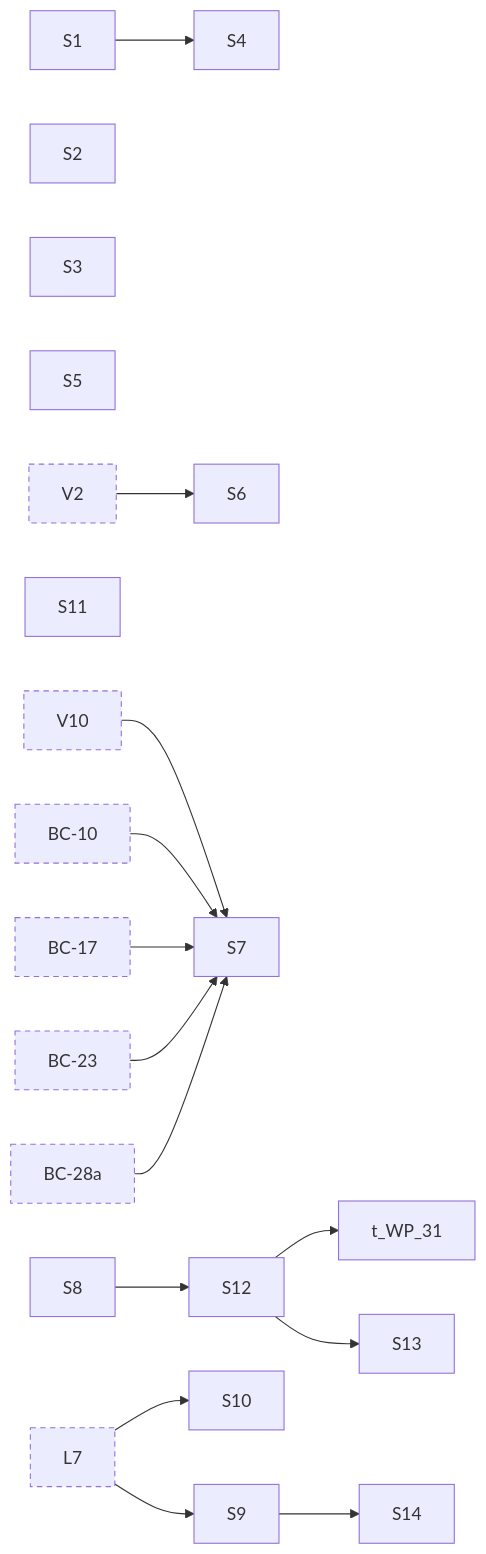
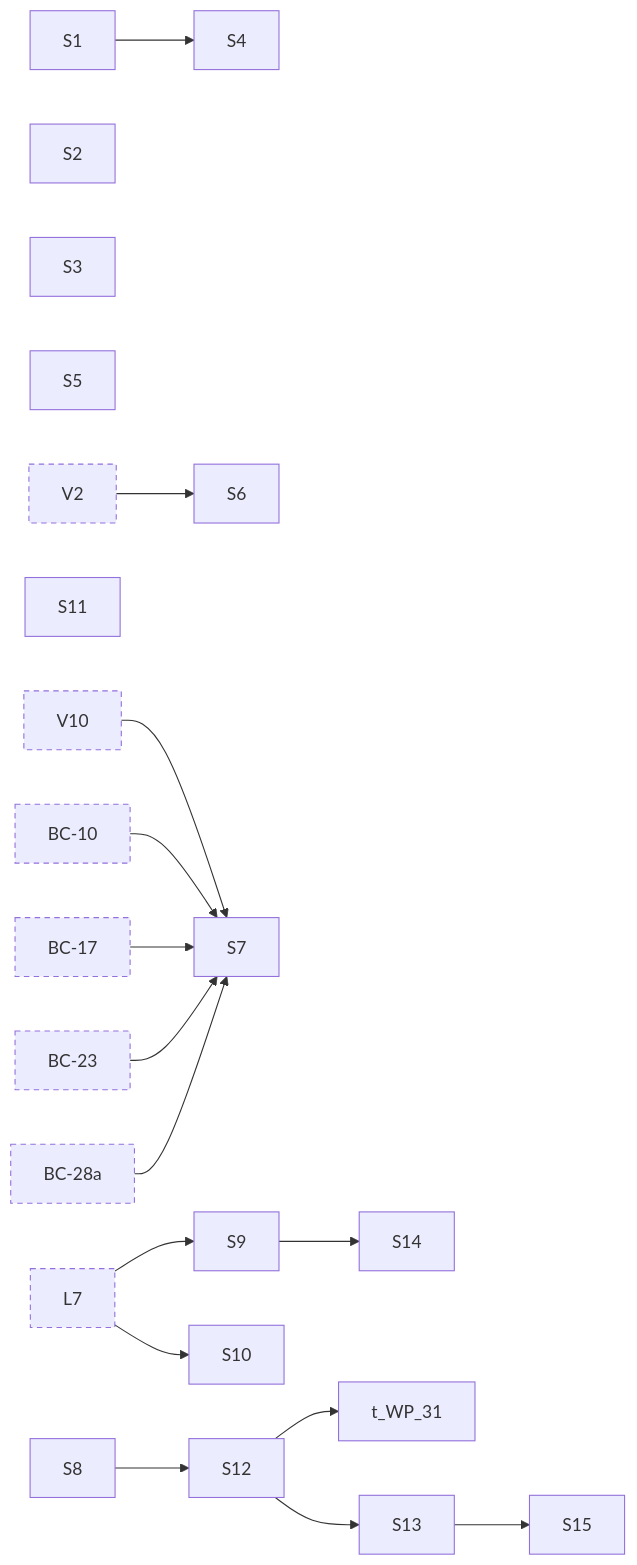
Before and after one commit to jhoblitt/rgw-go: the second of 11 diagrams in docs/superpowers/plans/2026-10-13-phase-2/dependencies.md, drawn with Mermaid. The commit also changed other lines of this file and 1 other file, not shown here.

Commit message:
docs(plan): add S15, CompleteMultipartUpload under a Deny on s3:x-amz-acl
Under a Deny of s3:PutObject with StringNotEquals s3:x-amz-acl bucket-owner-full-control, rgw-go refuses every completion, since the completion carries no ACL key and S9 holds a negated operator on an absent key, where radosgw completes them. No pinned Amazon text says whether Amazon sets the key on a completion. S15 establishes Amazon's answer first, and then either keeps the refusal or judges the completion by the keys its CreateMultipartUpload carried.

````diff
--- a/docs/superpowers/plans/2026-10-13-phase-2/dependencies.md
+++ b/docs/superpowers/plans/2026-10-13-phase-2/dependencies.md
@@ -55,59 +55,62 @@
 ```mermaid
 flowchart LR
   t_S1["S1"]
   t_S2["S2"]
   t_S3["S3"]
   t_S4["S4"]
   t_S5["S5"]
   t_S6["S6"]
   t_S7["S7"]
   t_S8["S8"]
   t_S9["S9"]
   t_S10["S10"]
   t_S11["S11"]
   t_S12["S12"]
   t_S13["S13"]
   t_S14["S14"]
+  t_S15["S15"]
   t_V2["V2"]:::ext
   t_V10["V10"]:::ext
   t_BC_10["BC-10"]:::ext
   t_BC_17["BC-17"]:::ext
   t_BC_23["BC-23"]:::ext
   t_BC_28a["BC-28a"]:::ext
   t_L7["L7"]:::ext
   t_S1 --> t_S4
   t_V2 --> t_S6
   t_V10 --> t_S7
   t_BC_10 --> t_S7
   t_BC_17 --> t_S7
   t_BC_23 --> t_S7
   t_BC_28a --> t_S7
   t_L7 --> t_S9
   t_L7 --> t_S10
   t_S8 --> t_S12
   t_S12 --> t_WP_31
   t_S12 --> t_S13
   t_S9 --> t_S14
+  t_S13 --> t_S15
   click t_S1 href "https://github.com/jhoblitt/rgw-go/blob/main/docs/superpowers/plans/2026-10-13-phase-2/00-index.md#task-s1-fakeradoss-rgw-class-as-method-tables" "S1: fakerados's rgw class as method tables"
   click t_S2 href "https://github.com/jhoblitt/rgw-go/blob/main/docs/superpowers/plans/2026-10-13-phase-2/00-index.md#task-s2-route-sets-per-feature-and-the-env-slots" "S2: route sets per feature and the Env slots"
   click t_S3 href "https://github.com/jhoblitt/rgw-go/blob/main/docs/superpowers/plans/2026-10-13-phase-2/00-index.md#task-s3-one-aws-correct-ispublic" "S3: one AWS-correct IsPublic"
   click t_S4 href "https://github.com/jhoblitt/rgw-go/blob/main/docs/superpowers/plans/2026-10-13-phase-2/00-index.md#task-s4-fakerados-refuses-an-unregistered-class-method-at-op-setup" "S4: fakerados refuses an unregistered class method at op setup"
   click t_S5 href "https://github.com/jhoblitt/rgw-go/blob/main/docs/superpowers/plans/2026-10-13-phase-2/00-index.md#task-s5-ignorepublicacls-ignores-swifts-public-container-grants" "S5: IgnorePublicAcls ignores Swift's public container grants"
   click t_S6 href "https://github.com/jhoblitt/rgw-go/blob/main/docs/superpowers/plans/2026-10-13-phase-2/00-index.md#task-s6-one-choose_from" "S6: one choose_from"
   click t_S7 href "https://github.com/jhoblitt/rgw-go/blob/main/docs/superpowers/plans/2026-10-13-phase-2/00-index.md#task-s7-one-schema-scanner-for-s3-xml-request-bodies" "S7: one schema scanner for S3 XML request bodies"
   click t_S8 href "https://github.com/jhoblitt/rgw-go/blob/main/docs/superpowers/plans/2026-10-13-phase-2/00-index.md#task-s8-a-deny-that-names-notaction-refuses-every-action-it-does-not-name" "S8: a Deny that names NotAction refuses every action it does not name"
   click t_S9 href "https://github.com/jhoblitt/rgw-go/blob/main/docs/superpowers/plans/2026-10-13-phase-2/00-index.md#task-s9-a-denys-condition-holds-where-amazon-s3s-or-radosgws-evaluation-holds" "S9: a Deny's condition holds where Amazon S3's or radosgw's evaluation holds"
   click t_S10 href "https://github.com/jhoblitt/rgw-go/blob/main/docs/superpowers/plans/2026-10-13-phase-2/00-index.md#task-s10-a-denys-condition-key-names-match-without-regard-to-case" "S10: a Deny's condition key names match without regard to case"
   click t_S11 href "https://github.com/jhoblitt/rgw-go/blob/main/docs/superpowers/plans/2026-10-13-phase-2/00-index.md#task-s11-a-bound-on-an-xml-request-bodys-elements-and-depth" "S11: a bound on an XML request body's elements and depth"
   click t_S12 href "https://github.com/jhoblitt/rgw-go/blob/main/docs/superpowers/plans/2026-10-13-phase-2/00-index.md#task-s12-the-object-writes-authorize-the-acl-and-tags-they-set-as-amazon-s3-does" "S12: the object writes authorize the ACL and tags they set as Amazon S3 does"
   click t_S13 href "https://github.com/jhoblitt/rgw-go/blob/main/docs/superpowers/plans/2026-10-13-phase-2/00-index.md#task-s13-copyobject-and-createmultipartupload-evaluate-s3putobject-with-the-acl-and-tag-condition-keys" "S13: CopyObject and CreateMultipartUpload evaluate s3:PutObject with the ACL and tag condition keys"
   click t_S14 href "https://github.com/jhoblitt/rgw-go/blob/main/docs/superpowers/plans/2026-10-13-phase-2/00-index.md#task-s14-a-deny-reads-the-request-context-amazon-s3-builds" "S14: a Deny reads the request context Amazon S3 builds"
+  click t_S15 href "https://github.com/jhoblitt/rgw-go/blob/main/docs/superpowers/plans/2026-10-13-phase-2/00-index.md#task-s15-completemultipartupload-under-a-deny-on-s3x-amz-acl" "S15: CompleteMultipartUpload under a Deny on `s3:x-amz-acl`"
   click t_V2 href "https://github.com/jhoblitt/rgw-go/blob/main/docs/superpowers/plans/2026-10-13-phase-2/V-versioning.md#task-v2-meta-olh-head-types-and-bucket-helpers" "V2: meta OLH head types and bucket helpers"
   click t_V10 href "https://github.com/jhoblitt/rgw-go/blob/main/docs/superpowers/plans/2026-10-13-phase-2/V-versioning.md#task-v10-op-and-s3-putbucketversioning-and-getbucketversioning" "V10: op and s3, PutBucketVersioning and GetBucketVersioning"
   click t_BC_10 href "https://github.com/jhoblitt/rgw-go/blob/main/docs/superpowers/plans/2026-10-13-phase-2/B-bucket-config.md#task-bc-10-website-semantics-and-xml" "BC-10: Website semantics and XML"
   click t_BC_17 href "https://github.com/jhoblitt/rgw-go/blob/main/docs/superpowers/plans/2026-10-13-phase-2/B-bucket-config.md#task-bc-17-block-xml" "BC-17: Block XML"
   click t_BC_23 href "https://github.com/jhoblitt/rgw-go/blob/main/docs/superpowers/plans/2026-10-13-phase-2/B-bucket-config.md#task-bc-23-encryption-configuration-type" "BC-23: Encryption configuration type"
   click t_BC_28a href "https://github.com/jhoblitt/rgw-go/blob/main/docs/superpowers/plans/2026-10-13-phase-2/B-bucket-config.md#task-bc-28a-ownership-type" "BC-28a: Ownership type"
   click t_L7 href "https://github.com/jhoblitt/rgw-go/blob/main/docs/superpowers/plans/2026-10-13-phase-2/L-object-lock.md#task-l7-a-policys-object-lock-condition-keys-constrain-the-lock-a-request-sets" "L7: a policy's object-lock condition keys constrain the lock a request sets"
   classDef ext stroke-dasharray: 5 4
 ```
````
